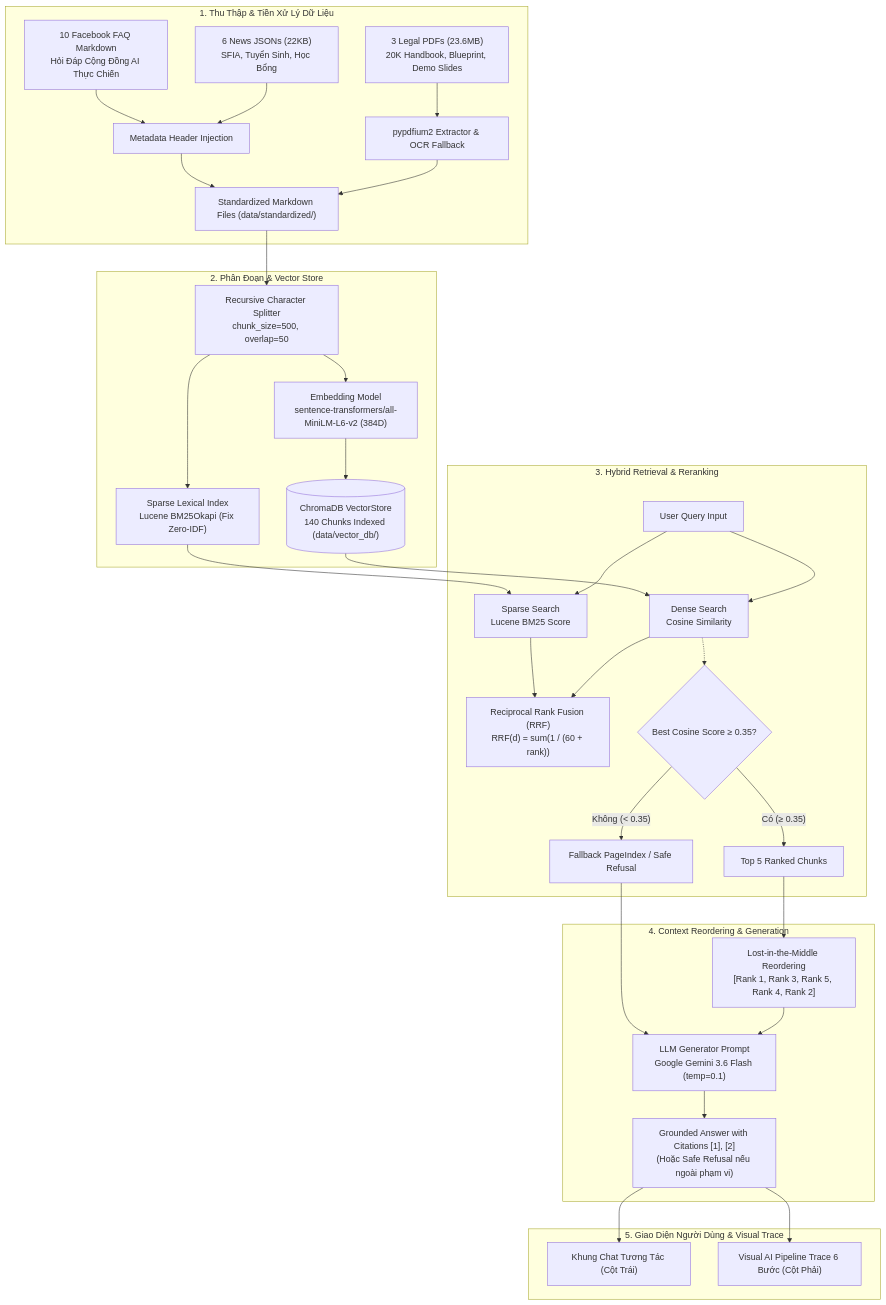
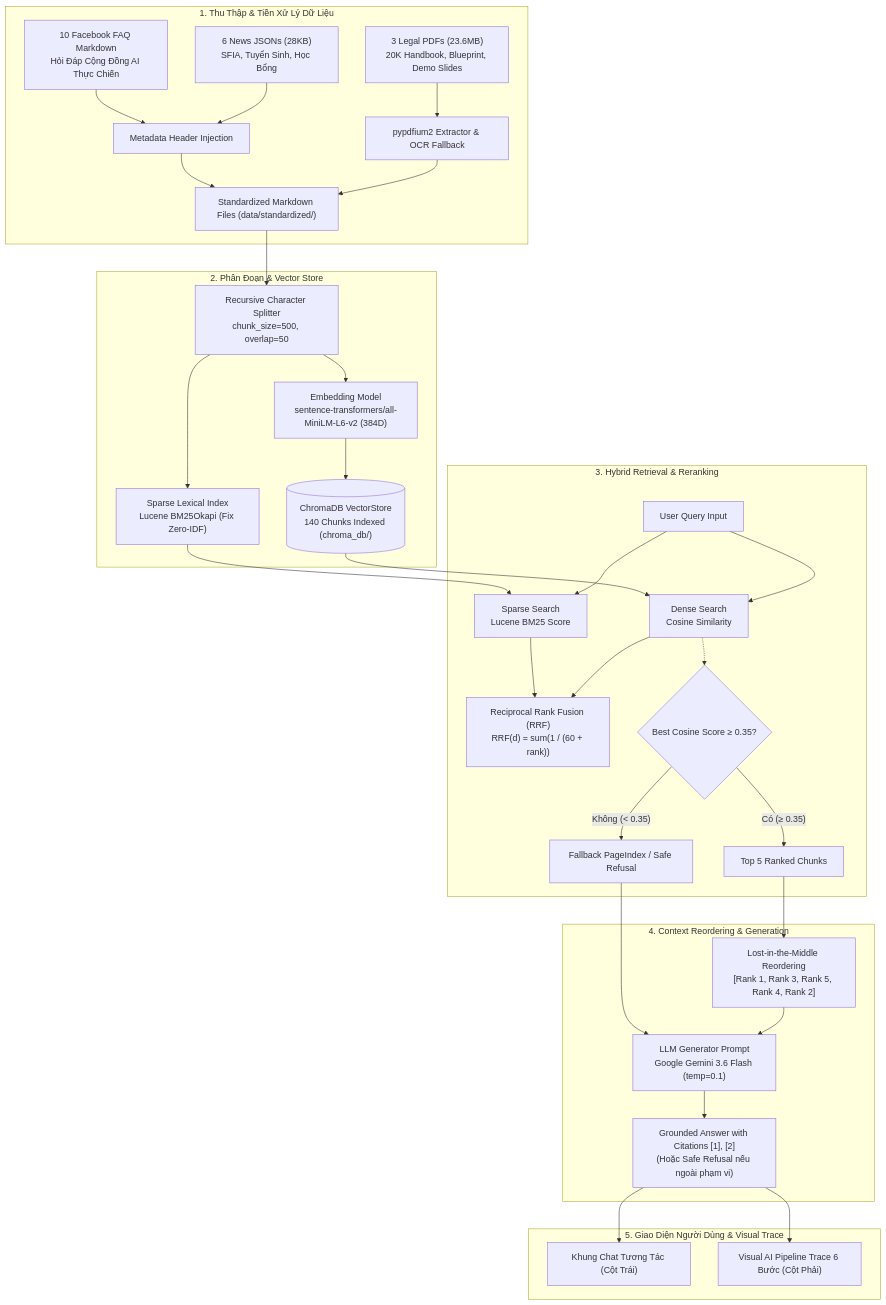
One commit to Dokhacgiakhoa/K4-L3A-RAG-Pipeline-Vinonymus changed the diagram in README.md. Above: the diagram before and after it, drawn with Mermaid. The commit also changed other lines of this file and 13 other files, not shown here.

Commit message:
docs: sync authentic facebook faq data, add CORPUS_SOURCES doc and align paths with chroma_db

````diff
--- a/README.md
+++ b/README.md
@@ -55,41 +55,41 @@
 ```mermaid
 flowchart TD
     subgraph INGESTION ["1. Thu Thập & Tiền Xử Lý Dữ Liệu"]
         A1["3 Legal PDFs (23.6MB)<br/>20K Handbook, Blueprint, Demo Slides"] --> B1["pypdfium2 Extractor & OCR Fallback"]
-        A2["6 News JSONs (22KB)<br/>SFIA, Tuyển Sinh, Học Bổng"] --> B2["Metadata Header Injection"]
+        A2["6 News JSONs (28KB)<br/>SFIA, Tuyển Sinh, Học Bổng"] --> B2["Metadata Header Injection"]
         A3["10 Facebook FAQ Markdown<br/>Hỏi Đáp Cộng Đồng AI Thực Chiến"] --> B2
         B1 --> C["Standardized Markdown Files (data/standardized/)"]
         B2 --> C
     end
 
     subgraph INDEXING ["2. Phân Đoạn & Vector Store"]
         C --> D["Recursive Character Splitter<br/>chunk_size=500, overlap=50"]
         D --> E["Embedding Model<br/>sentence-transformers/all-MiniLM-L6-v2 (384D)"]
-        E --> F[("ChromaDB VectorStore<br/>140 Chunks Indexed (data/vector_db/)")]
+        E --> F[("ChromaDB VectorStore<br/>140 Chunks Indexed (chroma_db/)")]
         D --> G["Sparse Lexical Index<br/>Lucene BM25Okapi (Fix Zero-IDF)"]
     end
 
     subgraph RETRIEVAL ["3. Hybrid Retrieval & Reranking"]
         Q["User Query Input"] --> H1["Dense Search<br/>Cosine Similarity"]
         Q --> H2["Sparse Search<br/>Lucene BM25 Score"]
         F --> H1
         G --> H2
         H1 --> I["Reciprocal Rank Fusion (RRF)<br/>RRF(d) = sum(1 / (60 + rank))"]
         H2 --> I
         H1 -.-> K{"Best Cosine Score &ge; 0.35?"}
         K -- "Không (< 0.35)" --> L["Fallback PageIndex / Safe Refusal"]
         K -- "Có (&ge; 0.35)" --> M["Top 5 Ranked Chunks"]
     end
 
     subgraph GENERATION ["4. Context Reordering & Generation"]
         M --> N["Lost-in-the-Middle Reordering<br/>[Rank 1, Rank 3, Rank 5, Rank 4, Rank 2]"]
         N --> O["LLM Generator Prompt<br/>Google Gemini 3.6 Flash (temp=0.1)"]
         L --> O
         O --> P["Grounded Answer with Citations [1], [2]<br/>(Hoặc Safe Refusal nếu ngoài phạm vi)"]
     end
 
     subgraph UI ["5. Giao Diện Người Dùng & Visual Trace"]
         P --> UI1["Khung Chat Tương Tác (Cột Trái)"]
         P --> UI2["Visual AI Pipeline Trace 6 Bước (Cột Phải)"]
     end
 ```
````
